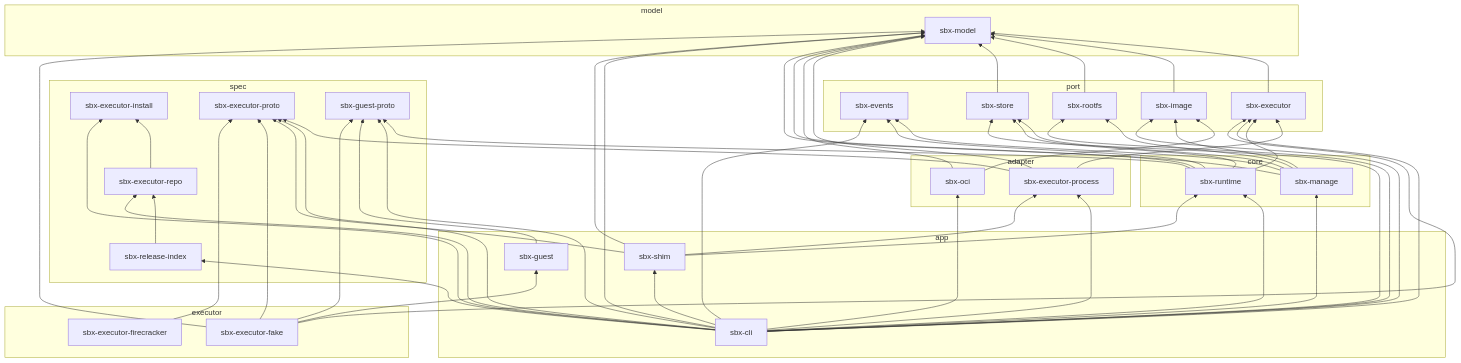
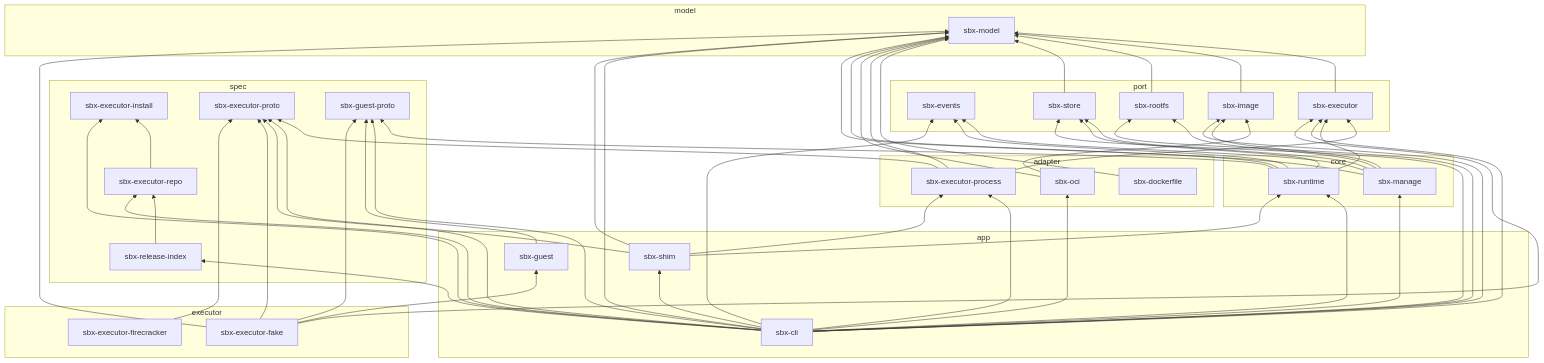
One commit to toollyst/sandbox changed the diagram in docs/developers/crates.md. Above: the diagram before and after it, drawn with Mermaid. The commit also changed other lines of this file and 13 other files, not shown here.

Commit message:
sbx-dockerfile: Dockerfile 해석(줄, 명령, 변수 풀기, ARG 범위, --target)과 .dockerignore 맞추기

```diff
--- a/docs/developers/crates.md
+++ b/docs/developers/crates.md
@@ -42,6 +42,7 @@
     sbx_store[sbx-store]
   end
   subgraph adapter
+    sbx_dockerfile[sbx-dockerfile]
     sbx_executor_process[sbx-executor-process]
     sbx_oci[sbx-oci]
   end
@@ -64,6 +65,7 @@
   sbx_image --> sbx_model
   sbx_rootfs --> sbx_model
   sbx_store --> sbx_model
+  sbx_dockerfile --> sbx_model
   sbx_executor_process --> sbx_executor
   sbx_executor_process --> sbx_executor_proto
   sbx_executor_process --> sbx_model
```
